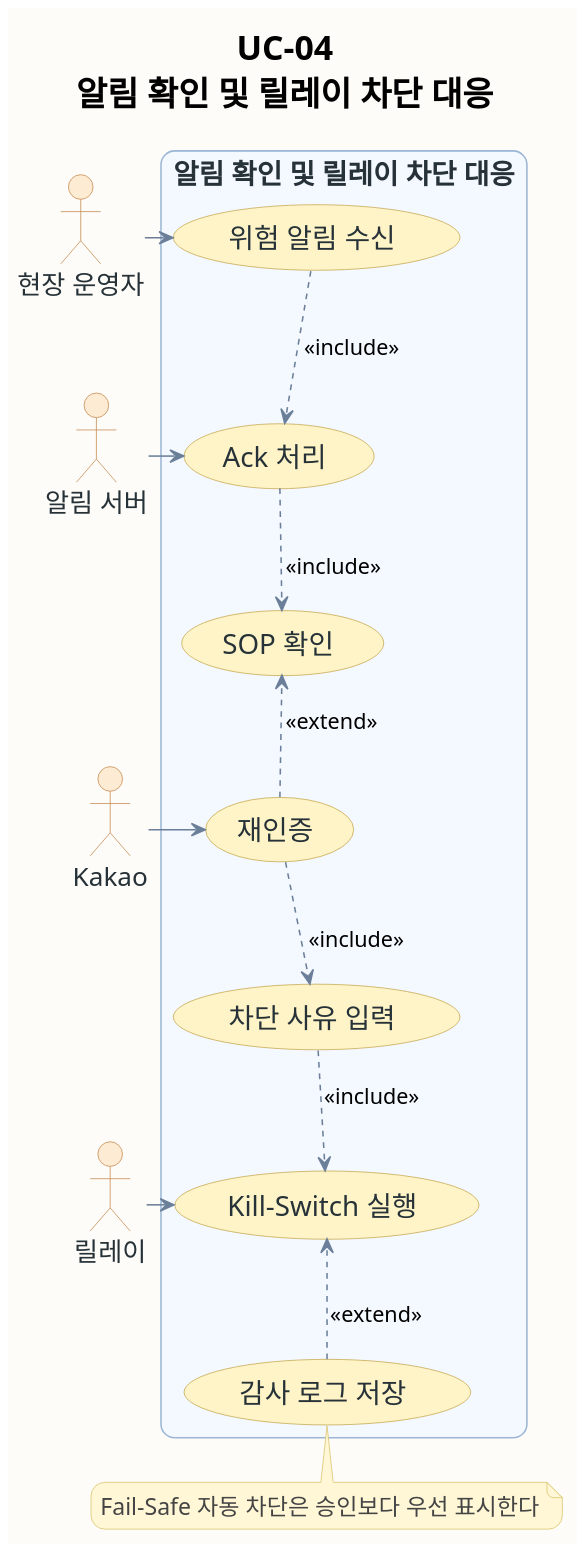
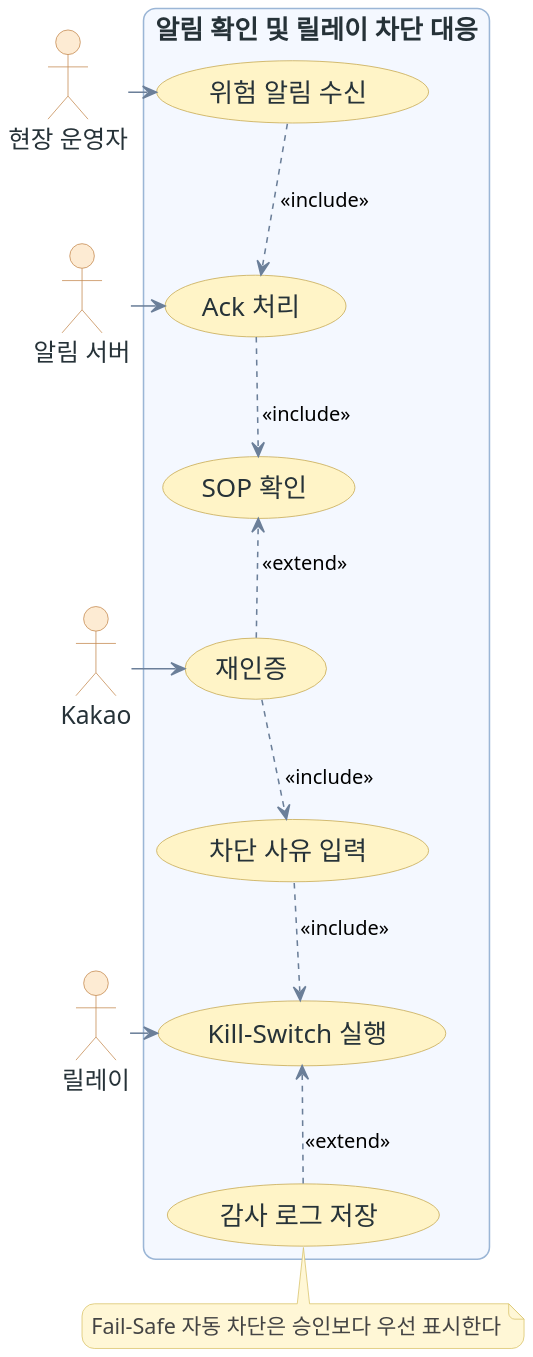
The diagram in assets/diagrams/usecase/uc-04-usecase.puml (ricky30825-creator/BMS), drawn with PlantUML before and after one commit. The commit also changed 32 other files, not shown here.

```diff
--- a/assets/diagrams/usecase/uc-04-usecase.puml
+++ b/assets/diagrams/usecase/uc-04-usecase.puml
@@ -1,73 +1,71 @@
 @startuml
 !pragma layout smetana
-skinparam backgroundColor #FEFCF8
+skinparam backgroundColor transparent
 skinparam shadowing false
 skinparam dpi 180
 skinparam defaultFontName "AppleGothic"
-skinparam defaultFontSize 18
-skinparam TitleFontSize 22
-skinparam ActorFontSize 17
-skinparam UsecaseFontSize 18
-skinparam NoteFontSize 15
-skinparam ArrowFontSize 14
-skinparam roundcorner 18
+skinparam defaultFontSize 17
+skinparam ActorFontSize 16
+skinparam UsecaseFontSize 17
+skinparam NoteFontSize 14
+skinparam ArrowFontSize 13
+skinparam roundcorner 16
 skinparam usecase {
   BackgroundColor #F8FAFC
   BorderColor #8EA7C2
   ArrowColor #6B7F99
   FontColor #263238
 }
 skinparam actor {
   BackgroundColor #FDEBD3
   BorderColor #C58A50
   FontColor #263238
 }
 skinparam rectangle {
   BackgroundColor #F4F8FF
   BorderColor #9BB6D6
   FontColor #263238
 }
 skinparam note {
   BackgroundColor #FFF7D6
   BorderColor #D9C36A
   FontColor #444444
 }
 top to bottom direction
 skinparam usecase {
   BackgroundColor #FFF4C7
   BorderColor #C6A84F
 }
-title UC-04\n알림 확인 및 릴레이 차단 대응
 actor "현장 운영자" as A
 actor "알림 서버" as S1
 actor "Kakao" as S2
 actor "릴레이" as S3
 rectangle "알림 확인 및 릴레이 차단 대응" {
   usecase "위험 알림 수신" as U1
   usecase "Ack 처리" as U2
   usecase "SOP 확인" as U3
   usecase "재인증" as U4
   usecase "차단 사유 입력" as U5
   usecase "Kill-Switch 실행" as U6
   usecase "감사 로그 저장" as U7
 }
 U1 -[hidden]down- U2
 U2 -[hidden]down- U3
 U3 -[hidden]down- U4
 U4 -[hidden]down- U5
 U5 -[hidden]down- U6
 U6 -[hidden]down- U7
 A -right-> U1
 S1 -left-> U2
 S2 -left-> U4
 S3 -left-> U6
 U1 ..> U2 : <<include>>
 U2 ..> U3 : <<include>>
 U4 ..> U3 : <<extend>>
 U4 ..> U5 : <<include>>
 U5 ..> U6 : <<include>>
 U7 ..> U6 : <<extend>>
 note bottom of U7
 Fail-Safe 자동 차단은 승인보다 우선 표시한다
 end note
 @enduml
```
